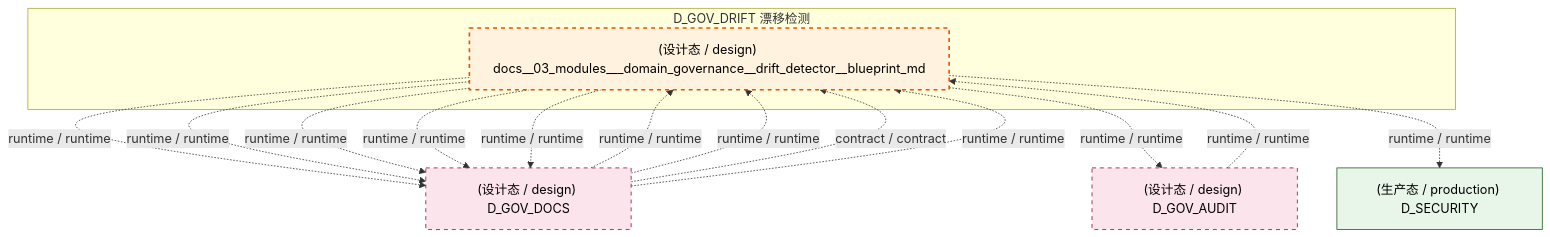
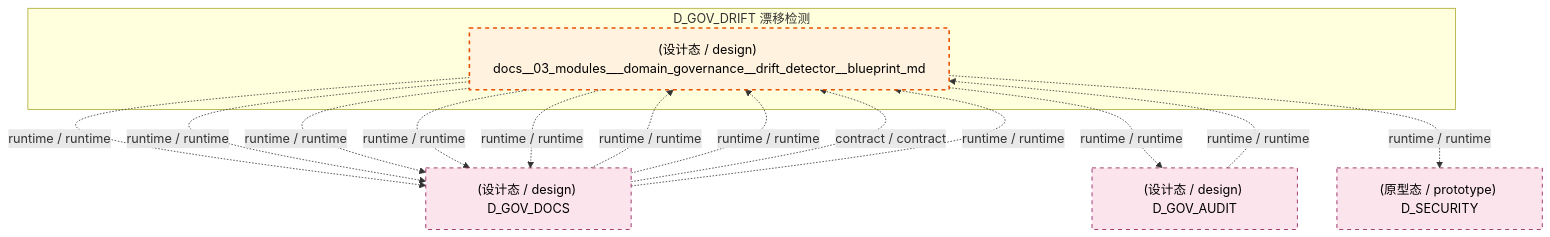
The fifth of 7 diagrams in docs/02_enterprise_architecture/02_domain_architecture_docs/41_d_gov_drift.md (xuanFelixVan/ZephyrAlpha), drawn with Mermaid before and after one commit. The commit also changed other lines of this file and 100 other files, not shown here.

````diff
--- a/docs/02_enterprise_architecture/02_domain_architecture_docs/41_d_gov_drift.md
+++ b/docs/02_enterprise_architecture/02_domain_architecture_docs/41_d_gov_drift.md
@@ -536,28 +536,27 @@
 ```mermaid
 graph TD
     subgraph D_GOV_DRIFT["D_GOV_DRIFT 漂移检测"]
         docs_03_modules_domain_governance_drift_detector_blueprint_md["(设计态 / design) docs__03_modules___domain_governance__drift_detector__blueprint_md"]
     end
     D_GOV_DOCS["(设计态 / design) D_GOV_DOCS"]
     docs_03_modules_domain_governance_drift_detector_blueprint_md -.->|runtime / runtime| D_GOV_DOCS
     docs_03_modules_domain_governance_drift_detector_blueprint_md -.->|runtime / runtime| D_GOV_DOCS
     D_GOV_AUDIT["(设计态 / design) D_GOV_AUDIT"]
     docs_03_modules_domain_governance_drift_detector_blueprint_md -.->|runtime / runtime| D_GOV_AUDIT
-    D_SECURITY["(生产态 / production) D_SECURITY"]
+    D_SECURITY["(原型态 / prototype) D_SECURITY"]
     docs_03_modules_domain_governance_drift_detector_blueprint_md -.->|runtime / runtime| D_SECURITY
     docs_03_modules_domain_governance_drift_detector_blueprint_md -.->|runtime / runtime| D_GOV_DOCS
     docs_03_modules_domain_governance_drift_detector_blueprint_md -.->|runtime / runtime| D_GOV_DOCS
     docs_03_modules_domain_governance_drift_detector_blueprint_md -.->|runtime / runtime| D_GOV_DOCS
     D_GOV_AUDIT -.->|runtime / runtime| docs_03_modules_domain_governance_drift_detector_blueprint_md
     D_GOV_DOCS -.->|runtime / runtime| docs_03_modules_domain_governance_drift_detector_blueprint_md
     D_GOV_DOCS -.->|runtime / runtime| docs_03_modules_domain_governance_drift_detector_blueprint_md
     D_GOV_DOCS -.->|contract / contract| docs_03_modules_domain_governance_drift_detector_blueprint_md
     D_GOV_DOCS -.->|runtime / runtime| docs_03_modules_domain_governance_drift_detector_blueprint_md
     classDef production fill:#e1f5fe,stroke:#01579b,stroke-width:2px,color:#000
     classDef design fill:#fff3e0,stroke:#e65100,stroke-width:2px,color:#000,stroke-dasharray: 5 5
     classDef external_prod fill:#e8f5e9,stroke:#1b5e20,stroke-width:1px,color:#000
     classDef external_design fill:#fce4ec,stroke:#880e4f,stroke-width:1px,color:#000,stroke-dasharray: 5 5
     class docs_03_modules_domain_governance_drift_detector_blueprint_md design
-    class D_SECURITY external_prod
-    class D_GOV_DOCS,D_GOV_AUDIT external_design
+    class D_GOV_DOCS,D_GOV_AUDIT,D_SECURITY external_design
 ```
````
